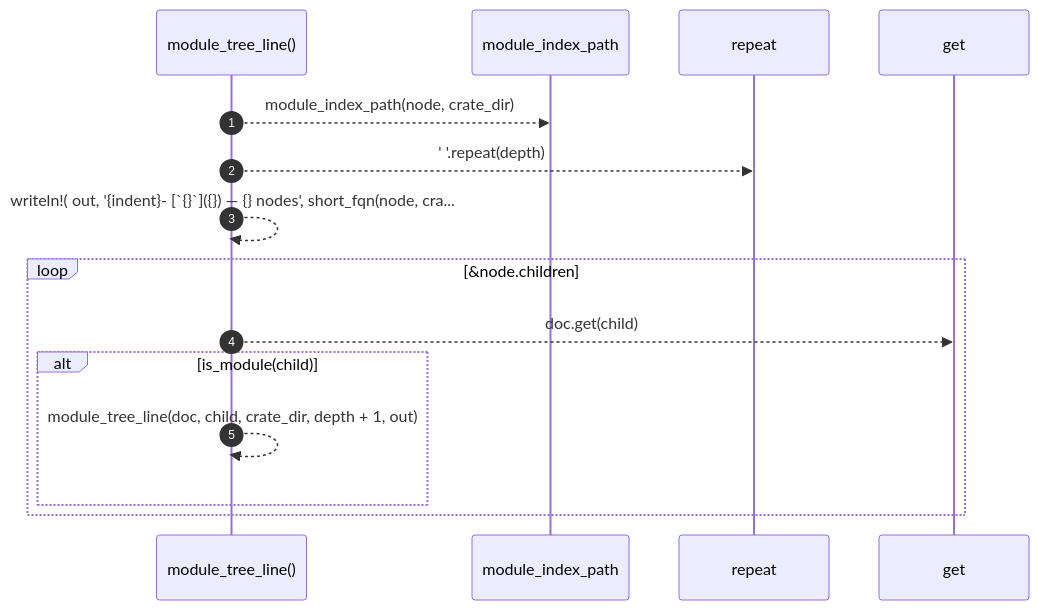
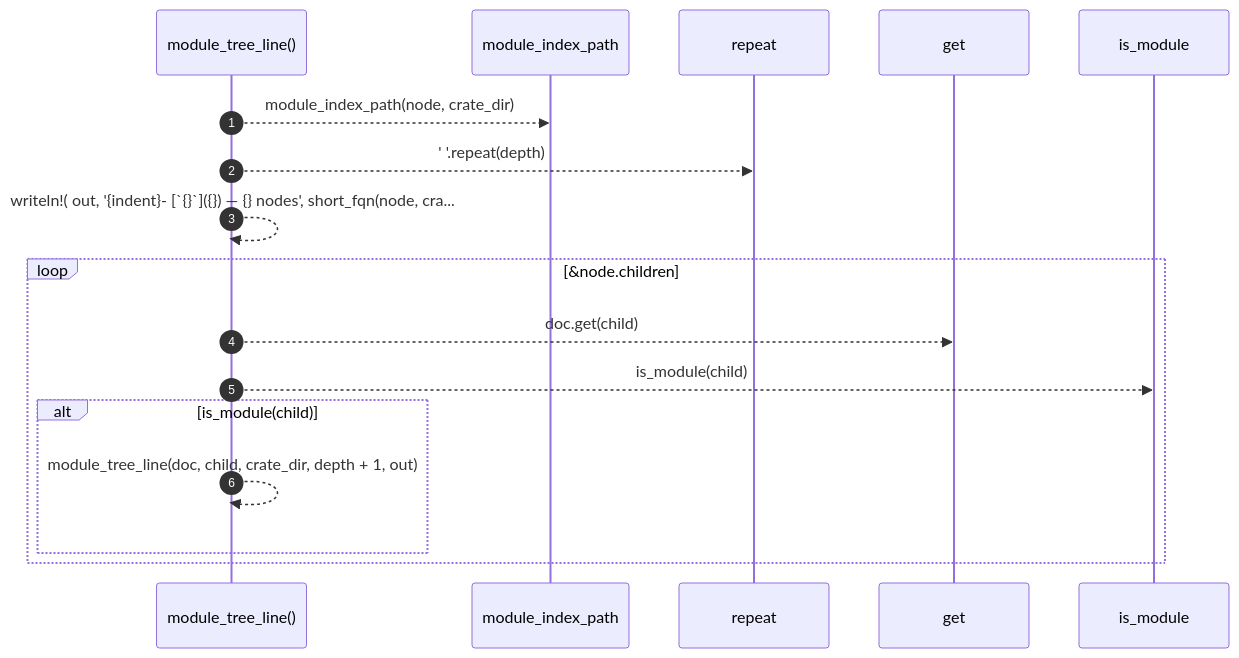
One commit to RyanGuild/self-describing-code changed the diagram in docs/self-model/robby_render/tree/module-tree-line.md. Above: the diagram before and after it, drawn with Mermaid. The commit also changed other lines of this file and 1404 other files, not shown here.

````diff
--- a/docs/self-model/robby_render/tree/module-tree-line.md
+++ b/docs/self-model/robby_render/tree/module-tree-line.md
@@ -40,17 +40,19 @@
 ```mermaid
 sequenceDiagram
     autonumber
     participant module_tree_line as module_tree_line()
     participant module_index_path as module_index_path
     participant repeat as repeat
     participant get as get
+    participant is_module as is_module
     module_tree_line-->>module_index_path: module_index_path(node, crate_dir)
     module_tree_line-->>repeat: ' '.repeat(depth)
     module_tree_line-->>module_tree_line: writeln!( out, '{indent}- [`{}`]({}) — {} nodes', short_fqn(node, cra...
     loop &node.children
     module_tree_line-->>get: doc.get(child)
+    module_tree_line-->>is_module: is_module(child)
     alt is_module(child)
     module_tree_line-->>module_tree_line: module_tree_line(doc, child, crate_dir, depth + 1, out)
     end
     end
 ```
````
